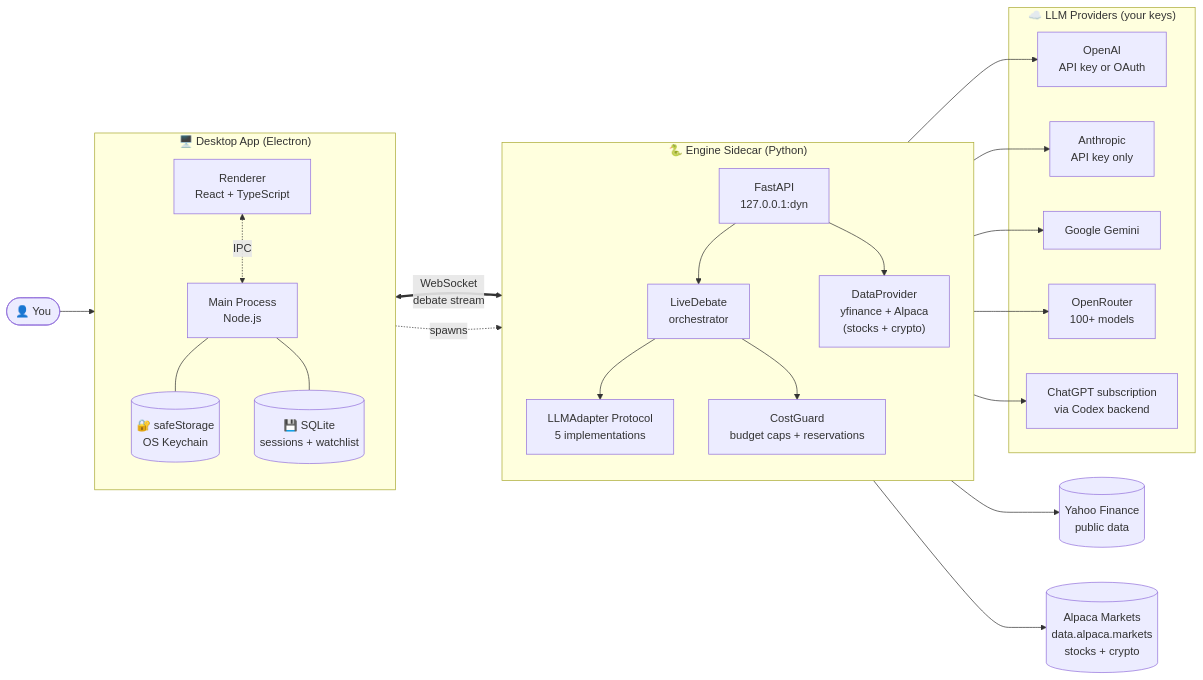
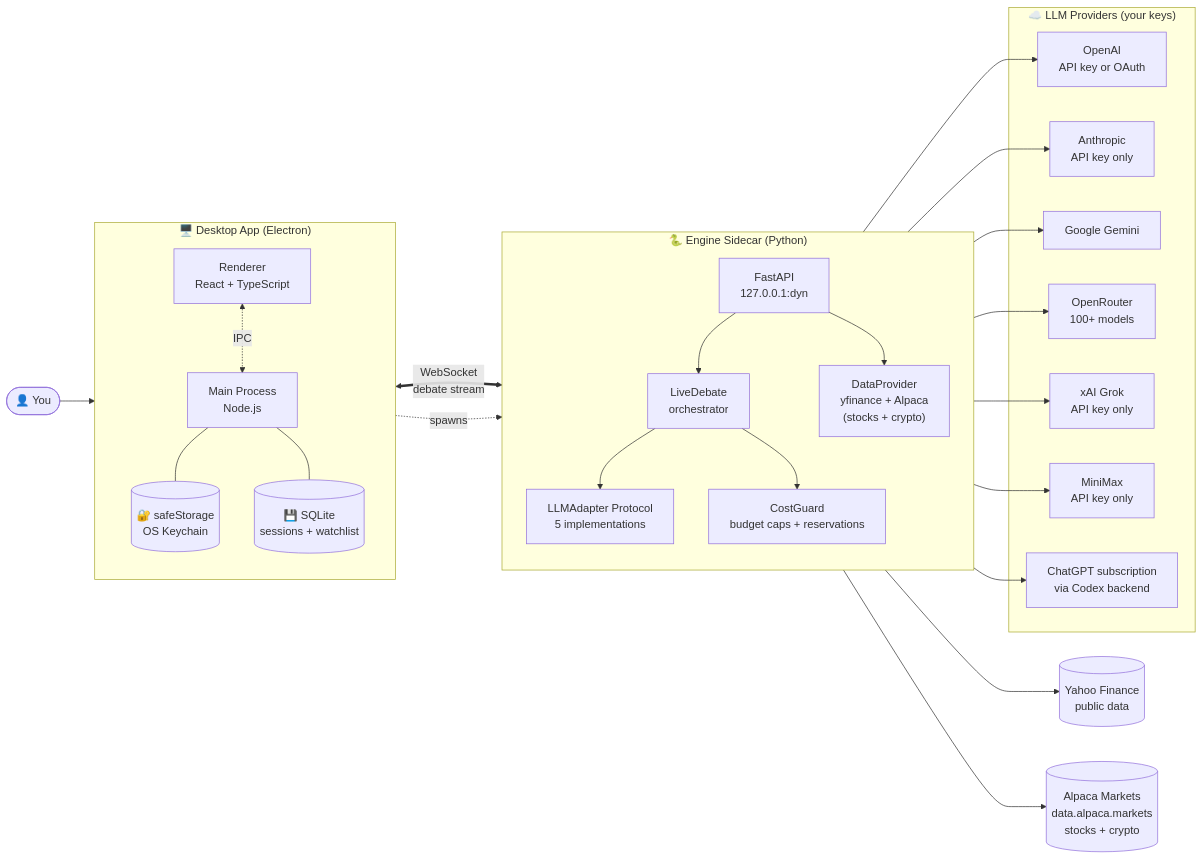
Before and after one commit to rjsx197047/HedgeFund_AI: the first of 3 diagrams in README.md, drawn with Mermaid. The commit also changed other lines of this file and 4 other files, not shown here.

First line of the commit message:
docs: v0.1.0 — document xAI Grok + MiniMax providers + refreshed catalog

````diff
--- a/README.md
+++ b/README.md
@@ -71,50 +79,54 @@
 ```mermaid
 flowchart LR
     User([👤 You])
 
     subgraph Desktop["🖥️  Desktop App (Electron)"]
         direction TB
         Renderer["Renderer<br/>React + TypeScript"]
         Main["Main Process<br/>Node.js"]
         SafeStorage[("🔐 safeStorage<br/>OS Keychain")]
         SessionsDB[("💾 SQLite<br/>sessions + watchlist")]
         Renderer <-. IPC .-> Main
         Main --- SafeStorage
         Main --- SessionsDB
     end
 
     subgraph Engine["🐍  Engine Sidecar (Python)"]
         direction TB
         FastAPI["FastAPI<br/>127.0.0.1:dyn"]
         Orchestrator["LiveDebate<br/>orchestrator"]
         Adapters["LLMAdapter Protocol<br/>5 implementations"]
         DataMod["DataProvider<br/>yfinance + Alpaca<br/>(stocks + crypto)"]
         CostGuard["CostGuard<br/>budget caps + reservations"]
         FastAPI --> Orchestrator
         Orchestrator --> Adapters
         Orchestrator --> CostGuard
         FastAPI --> DataMod
     end
 
     subgraph LLM["☁️  LLM Providers (your keys)"]
         OpenAI["OpenAI<br/>API key or OAuth"]
         Anthropic["Anthropic<br/>API key only"]
         Gemini["Google Gemini"]
         OpenRouter["OpenRouter<br/>100+ models"]
+        Xai["xAI Grok<br/>API key only"]
+        MiniMax["MiniMax<br/>API key only"]
         Codex["ChatGPT subscription<br/>via Codex backend"]
     end
 
     Yahoo[("Yahoo Finance<br/>public data")]
     Alpaca[("Alpaca Markets<br/>data.alpaca.markets<br/>stocks + crypto")]
 
     User --> Renderer
     Renderer <==>|"WebSocket<br/>debate stream"| FastAPI
     Main -. spawns .-> FastAPI
     Adapters --> OpenAI
     Adapters --> Anthropic
     Adapters --> Gemini
     Adapters --> OpenRouter
+    Adapters --> Xai
+    Adapters --> MiniMax
     Adapters --> Codex
     DataMod --> Yahoo
     DataMod --> Alpaca
 ```
````
